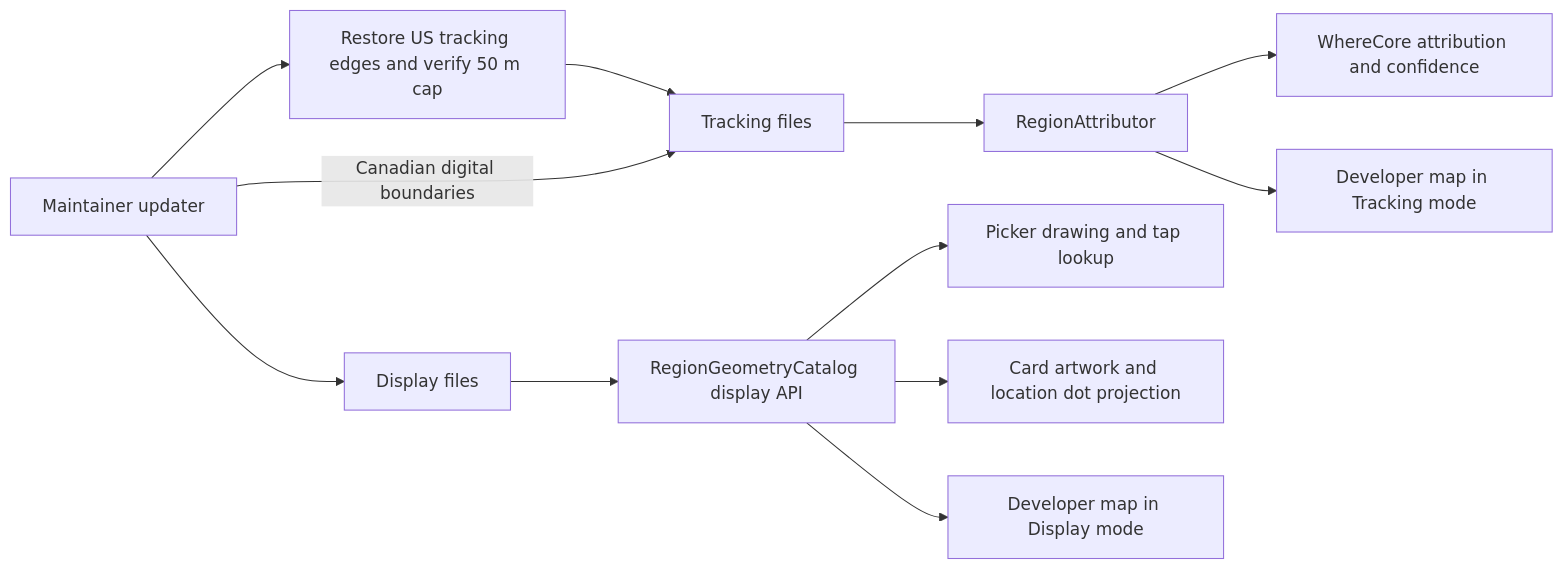
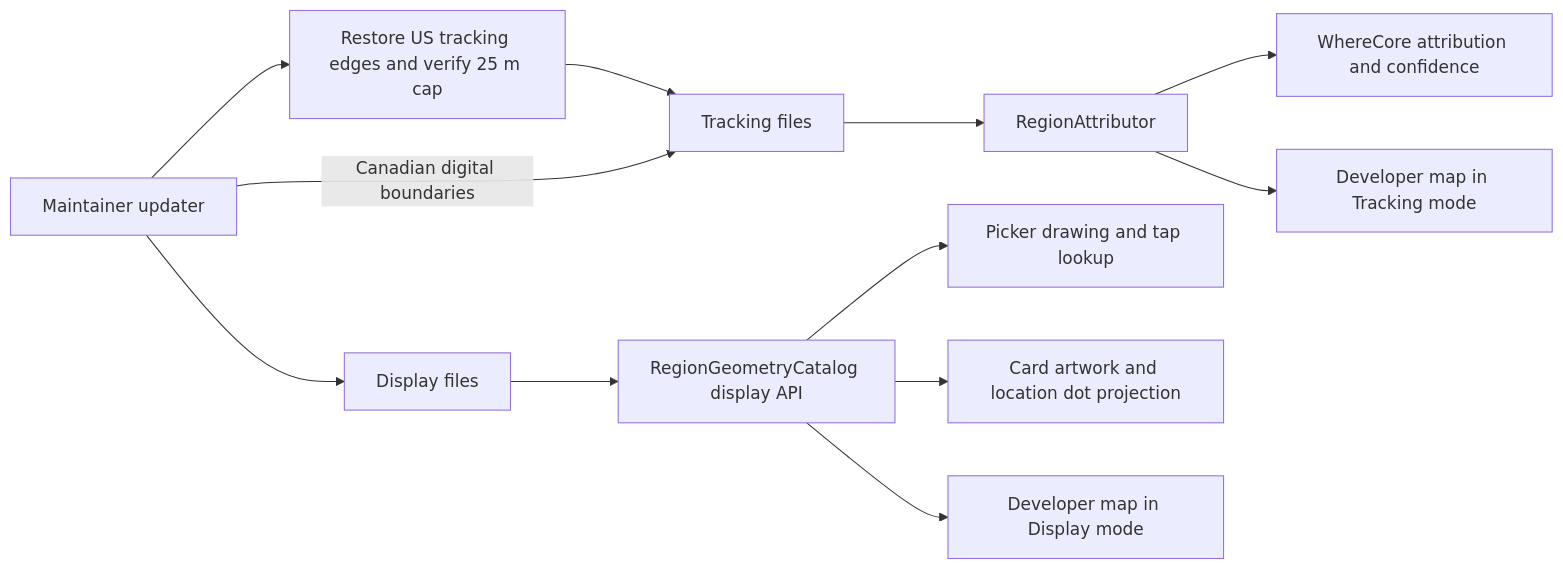
The diagram in Plans/2026-11-22-north-american-regions/06-tracking-and-display-boundaries.md (kyleve/Stuff), drawn with Mermaid before and after one commit. The commit also changed other lines of this file and 1 other file, not shown here.

Commit message:
docs(where): select 25 m cap for US tracking boundaries

````diff
--- a/Plans/2026-11-22-north-american-regions/06-tracking-and-display-boundaries.md
+++ b/Plans/2026-11-22-north-american-regions/06-tracking-and-display-boundaries.md
@@ -73,14 +73,14 @@
 ```mermaid
 flowchart LR
-    U["Maintainer updater"] --> US["Restore US tracking edges and verify 50 m cap"]
+    U["Maintainer updater"] --> US["Restore US tracking edges and verify 25 m cap"]
     US --> T["Tracking files"]
     U -->|Canadian digital boundaries| T
     U --> D["Display files"]
     T --> A["RegionAttributor"]
     A --> C["WhereCore attribution and confidence"]
     A --> V["Developer map in Tracking mode"]
     D --> G["RegionGeometryCatalog display API"]
     G --> P["Picker drawing and tap lookup"]
     G --> W["Card artwork and location dot projection"]
     G --> M["Developer map in Display mode"]
 ```
````
